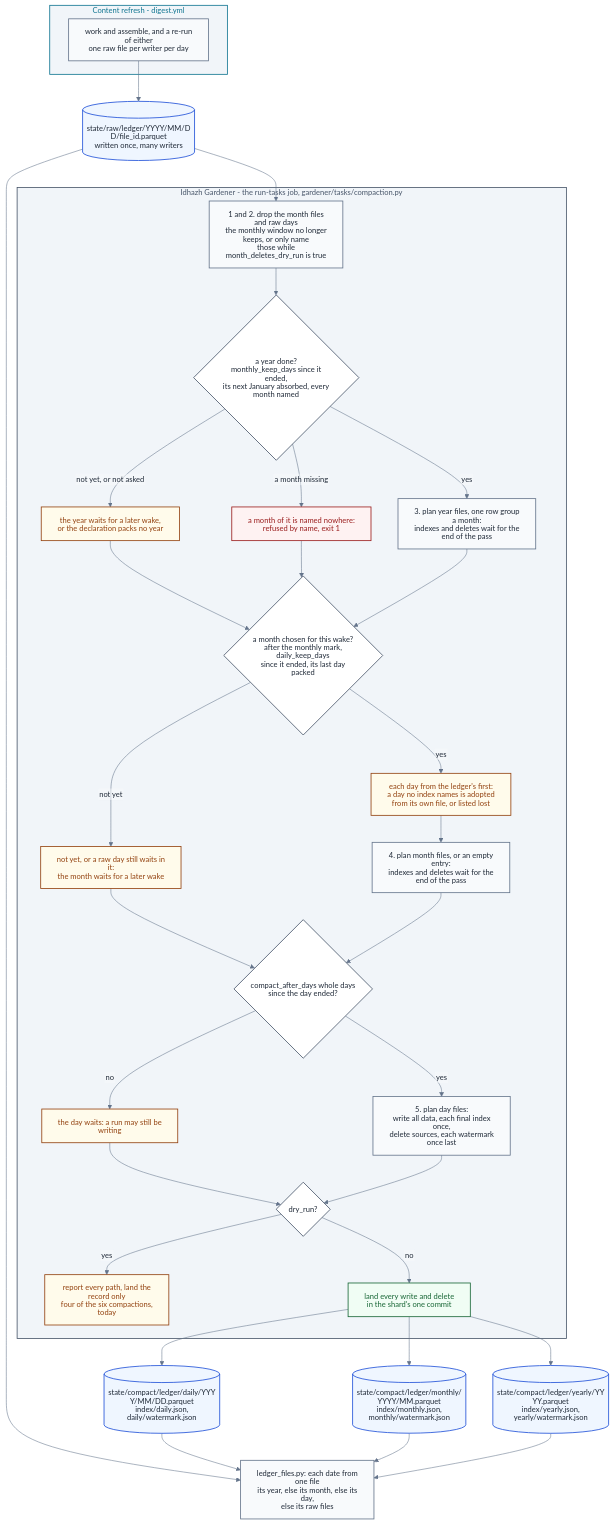
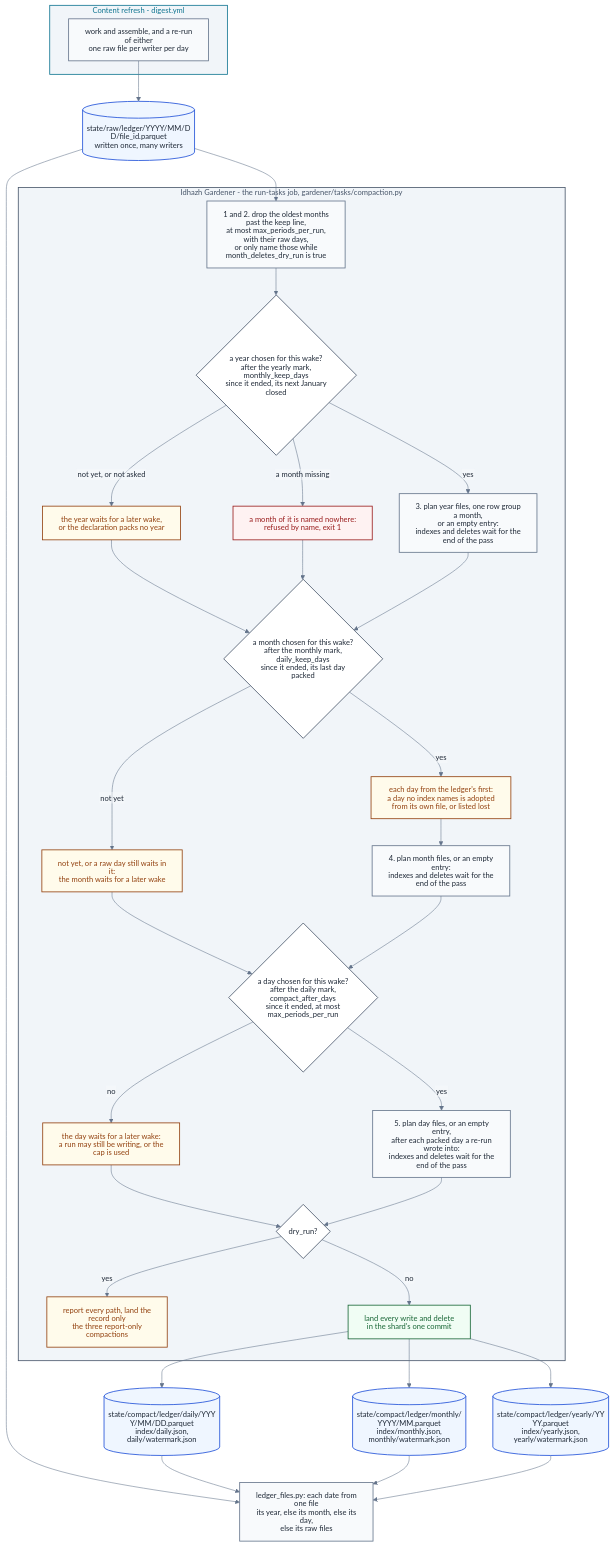
One commit to miztiik/yen-idhazh changed the diagram in docs/architecture/publishing/ledger-compaction.md. Above: the diagram before and after it, drawn with Mermaid. The commit also changed other lines of this file and 581 other files, not shown here.

````diff
--- a/docs/architecture/publishing/ledger-compaction.md
+++ b/docs/architecture/publishing/ledger-compaction.md
@@ -33,78 +33,78 @@
 ```mermaid
 %%{init: {"theme": "base", "htmlLabels": false, "themeVariables": {"background": "#ffffff", "primaryColor": "#f8fafc", "primaryTextColor": "#1f2937", "primaryBorderColor": "#64748b", "lineColor": "#64748b", "textColor": "#1f2937", "clusterBkg": "#f1f5f9", "clusterBorder": "#64748b", "titleColor": "#1f2937", "edgeLabelBackground": "#f8fafc", "fontSize": "14px"}}}%%
 flowchart TB
   subgraph REFRESH["Content refresh - digest.yml"]
     W["work and assemble, and a re-run of either<br/>one raw file per writer per day"]
   end
 
   RAWF[("state/raw/ledger/YYYY/MM/DD/file_id.parquet<br/>written once, many writers")]
 
   subgraph GARDEN["Idhazh Gardener - the run-tasks job, gardener/tasks/compaction.py"]
-    DROP["1 and 2. drop the month files and raw days<br/>the monthly window no longer keeps, or only name<br/>those while month_deletes_dry_run is true"]
-    YDONE{"a year done?<br/>monthly_keep_days since it ended,<br/>its next January absorbed, every month named"}
+    DROP["1 and 2. drop the oldest months past the keep line,<br/>at most max_periods_per_run, with their raw days,<br/>or only name those while month_deletes_dry_run is true"]
+    YDONE{"a year chosen for this wake?<br/>after the yearly mark, monthly_keep_days<br/>since it ended, its next January closed"}
     YWAIT["the year waits for a later wake,<br/>or the declaration packs no year"]
     YHOLE["a month of it is named nowhere:<br/>refused by name, exit 1"]
-    PACK["3. plan year files, one row group a month:<br/>indexes and deletes wait for the end of the pass"]
+    PACK["3. plan year files, one row group a month,<br/>or an empty entry:<br/>indexes and deletes wait for the end of the pass"]
     MDONE{"a month chosen for this wake?<br/>after the monthly mark, daily_keep_days<br/>since it ended, its last day packed"}
     MWAIT["not yet, or a raw day still waits in it:<br/>the month waits for a later wake"]
     MREC["each day from the ledger's first:<br/>a day no index names is adopted<br/>from its own file, or listed lost"]
     ABSORB["4. plan month files, or an empty entry:<br/>indexes and deletes wait for the end of the pass"]
-    DDUE{"compact_after_days whole days<br/>since the day ended?"}
-    DHOLD["the day waits: a run may still be writing"]
-    TAKE["5. plan day files:<br/>write all data, each final index once,<br/>delete sources, each watermark once last"]
+    DDUE{"a day chosen for this wake?<br/>after the daily mark, compact_after_days<br/>since it ended, at most max_periods_per_run"}
+    DHOLD["the day waits for a later wake:<br/>a run may still be writing, or the cap is used"]
+    TAKE["5. plan day files, or an empty entry,<br/>after each packed day a re-run wrote into:<br/>indexes and deletes wait for the end of the pass"]
     DRY{"dry_run?"}
-    REPORT["report every path, land the record only<br/>four of the six compactions, today"]
+    REPORT["report every path, land the record only<br/>the three report-only compactions"]
     LAND["land every write and delete<br/>in the shard's one commit"]
   end
 
   DAILY[("state/compact/ledger/daily/YYYY/MM/DD.parquet<br/>index/daily.json, daily/watermark.json")]
   MONTHLY[("state/compact/ledger/monthly/YYYY/MM.parquet<br/>index/monthly.json, monthly/watermark.json")]
   YEARLY[("state/compact/ledger/yearly/YYYY.parquet<br/>index/yearly.json, yearly/watermark.json")]
   READER["ledger_files.py: each date from one file<br/>its year, else its month, else its day,<br/>else its raw files"]
 
   W --> RAWF
   RAWF --> DROP
   DROP --> YDONE
   YDONE -->|"not yet, or not asked"| YWAIT
   YDONE -->|"a month missing"| YHOLE
   YDONE -->|"yes"| PACK
   YWAIT --> MDONE
   YHOLE --> MDONE
   PACK --> MDONE
   MDONE -->|"not yet"| MWAIT
   MDONE -->|"yes"| MREC
   MREC --> ABSORB
   MWAIT --> DDUE
   ABSORB --> DDUE
   DDUE -->|"no"| DHOLD
   DDUE -->|"yes"| TAKE
   DHOLD --> DRY
   TAKE --> DRY
   DRY -->|"yes"| REPORT
   DRY -->|"no"| LAND
   LAND --> DAILY
   LAND --> MONTHLY
   LAND --> YEARLY
   RAWF --> READER
   DAILY --> READER
   MONTHLY --> READER
   YEARLY --> READER
 
   classDef stage fill:#f8fafc,stroke:#64748b,stroke-width:1.5px,color:#1f2937;
   classDef decision fill:#ffffff,stroke:#475569,stroke-width:1.5px,color:#1f2937;
   classDef yes fill:#f0fdf4,stroke:#166534,stroke-width:1.5px,color:#166534;
   classDef no fill:#fef2f2,stroke:#991b1b,stroke-width:1.5px,color:#991b1b;
   classDef warn fill:#fffbeb,stroke:#92400e,stroke-width:1.5px,color:#92400e;
   classDef ledger fill:#eff6ff,stroke:#1d4ed8,stroke-width:1.5px,color:#1f2937;
   classDef sysOps fill:#f1f5f9,stroke:#475569,stroke-width:1.5px,color:#475569;
   classDef sysPublish fill:#f1f5f9,stroke:#0e7490,stroke-width:1.5px,color:#0e7490;
 
   class W,DROP,PACK,ABSORB,TAKE,READER stage;
   class YDONE,MDONE,DDUE,DRY decision;
   class LAND yes;
   class YHOLE no;
   class YWAIT,MWAIT,MREC,DHOLD,REPORT warn;
   class RAWF,DAILY,MONTHLY,YEARLY ledger;
   class REFRESH sysPublish;
   class GARDEN sysOps;
 ```
````
